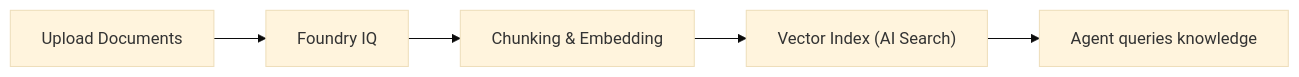
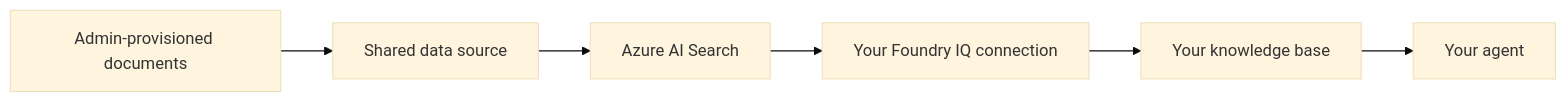
Before and after one commit to LauraVerghote/Agentic-ai-with-foundry-workshop: the diagram in lab-2-create-knowledge-base.md, drawn with Mermaid (base theme). The commit also changed other lines of this file and 6 other files, not shown here.

````diff
--- a/lab-2-create-knowledge-base.md
+++ b/lab-2-create-knowledge-base.md
@@ -41,7 +39,8 @@
 ```mermaid
 flowchart LR
-    A["Upload Documents"] --> B["Foundry IQ"]
-    B --> C["Chunking & Embedding"]
-    C --> D["Vector Index (AI Search)"]
-    D --> E["Agent queries knowledge"]
+    A["Admin-provisioned documents"] --> B["Shared data source"]
+    B --> C["Azure AI Search"]
+    C --> D["Your Foundry IQ connection"]
+    D --> E["Your knowledge base"]
+    E --> F["Your agent"]
 ```
````
